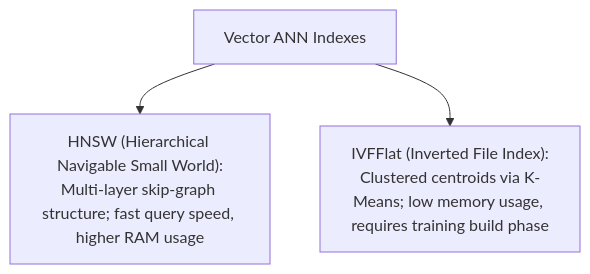
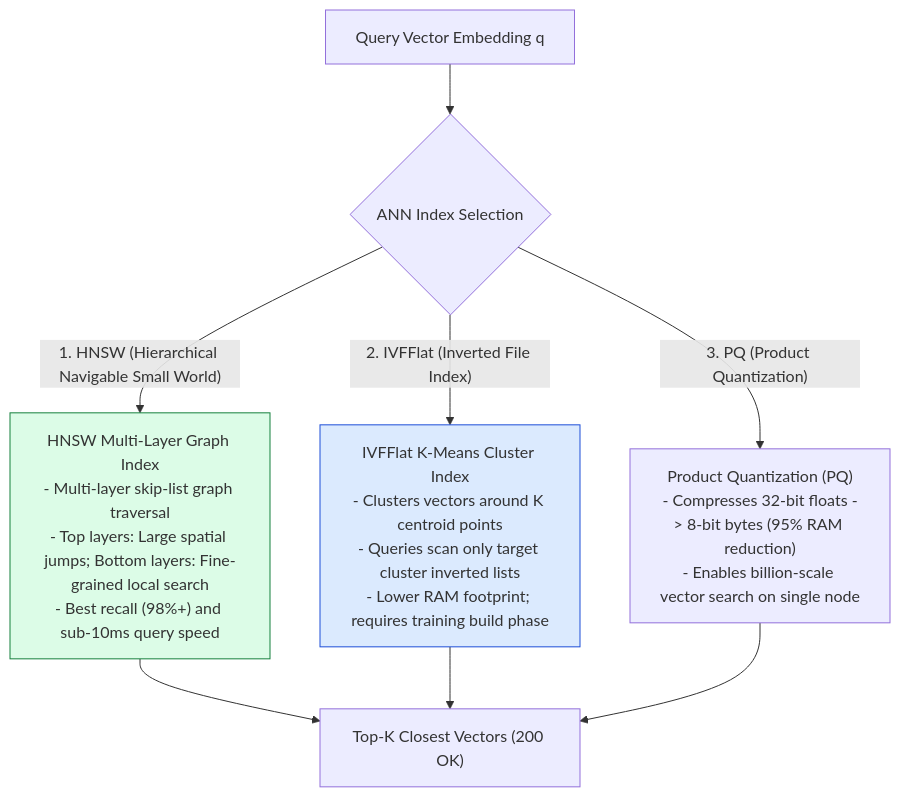
The first of 3 diagrams in agentic-ai-notes/00-foundations/07-vector-databases.md (Amie-dev/engineering-playbook), drawn with Mermaid before and after one commit. The commit also changed other lines of this file and 17 other files, not shown here.

Commit message:
Refactor observability and tracing documentation to enhance clarity and detail; expand Model Context Protocol (MCP) architecture with JSON-RPC primitives; update decision framework to emphasize architectural complexity and decision-making processes.

````diff
--- a/agentic-ai-notes/00-foundations/07-vector-databases.md
+++ b/agentic-ai-notes/00-foundations/07-vector-databases.md
@@ -10,5 +13,17 @@
 ```mermaid
-graph TD
-    Indexes[Vector ANN Indexes] --> HNSW["HNSW (Hierarchical Navigable Small World):<br/>Multi-layer skip-graph structure; fast query speed, higher RAM usage"]
-    Indexes --> IVFFlat["IVFFlat (Inverted File Index):<br/>Clustered centroids via K-Means; low memory usage, requires training build phase"]
+flowchart TD
+    QueryVec[Query Vector Embedding q] --> IndexType{ANN Index Selection}
+
+    IndexType -- "1. HNSW (Hierarchical Navigable Small World)" --> HNSWGraph["HNSW Multi-Layer Graph Index<br/>- Multi-layer skip-list graph traversal<br/>- Top layers: Large spatial jumps; Bottom layers: Fine-grained local search<br/>- Best recall (98%+) and sub-10ms query speed"]
+
+    IndexType -- "2. IVFFlat (Inverted File Index)" --> IVFClusters["IVFFlat K-Means Cluster Index<br/>- Clusters vectors around K centroid points<br/>- Queries scan only target cluster inverted lists<br/>- Lower RAM footprint; requires training build phase"]
+
+    IndexType -- "3. PQ (Product Quantization)" --> Compression["Product Quantization (PQ)<br/>- Compresses 32-bit floats -> 8-bit bytes (95% RAM reduction)<br/>- Enables billion-scale vector search on single node"]
+
+    HNSWGraph --> TopKResults["Top-K Closest Vectors (200 OK)"]
+    IVFClusters --> TopKResults
+    Compression --> TopKResults
+
+    style HNSWGraph fill:#dcfce7,stroke:#15803d
+    style IVFClusters fill:#dbeafe,stroke:#1d4ed8
 ```
````
